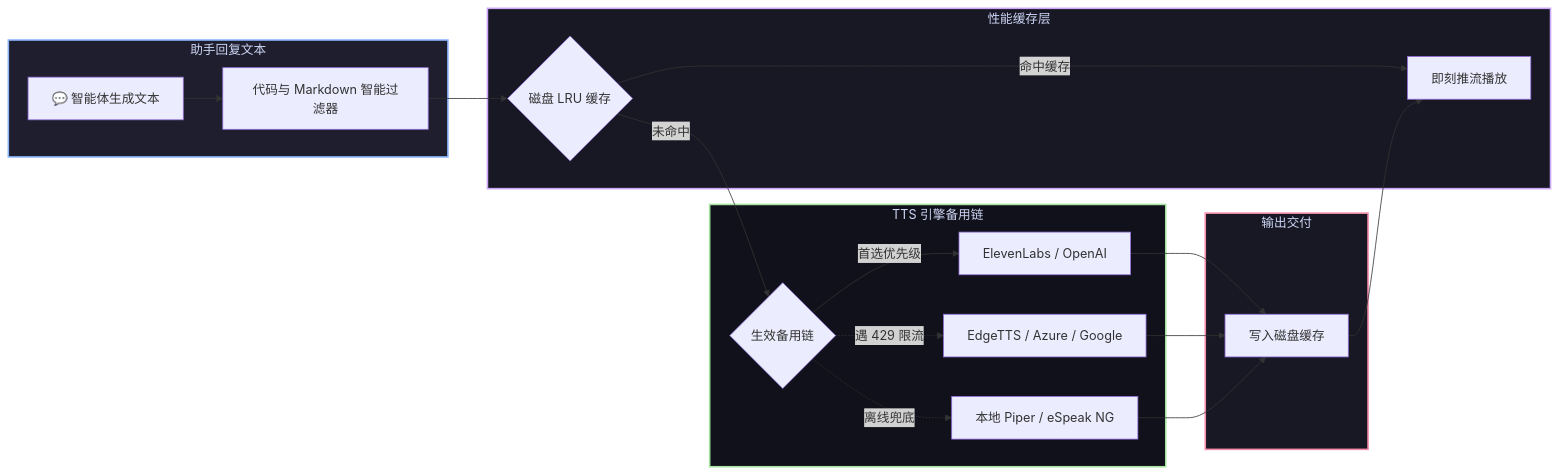
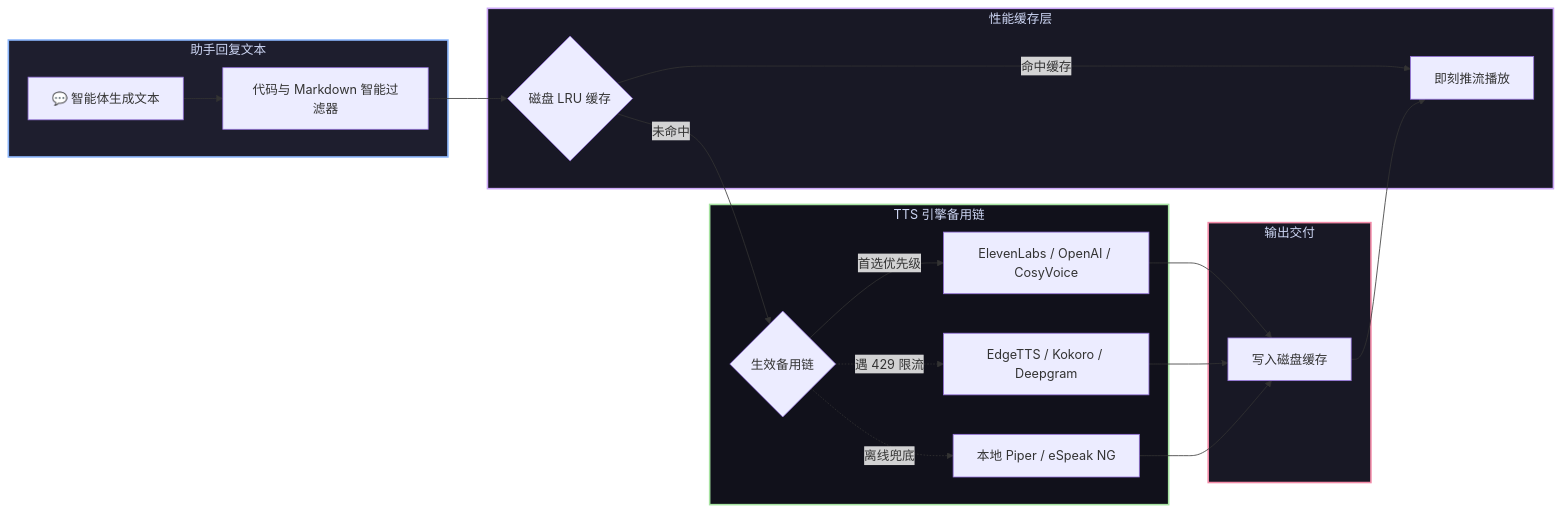
One commit to GooDAnDReaDY/dsh-tts changed the diagram in README.zh.md. Above: the diagram before and after it, drawn with Mermaid. The commit also changed other lines of this file and 2 other files, not shown here.

Commit message:
docs: expand dsh-tts with 16-provider matrix, smart scrubbing engine, spoken phrase substitutions & role overrides

````diff
--- a/README.zh.md
+++ b/README.zh.md
@@ -30,30 +30,30 @@
 ```mermaid
 graph LR
     subgraph Input [助手回复文本]
         Reply[💬 智能体生成文本] --> Scrub[代码与 Markdown 智能过滤器]
     end
 
     subgraph Cache [性能缓存层]
         Scrub --> LRU{磁盘 LRU 缓存}
         LRU -->|命中缓存| Play[即刻推流播放]
     end
 
     subgraph Fallback [TTS 引擎备用链]
         LRU -->|未命中| Chain{生效备用链}
-        Chain -->|首选优先级| P1[ElevenLabs / OpenAI]
-        Chain -.->|遇 429 限流| P2[EdgeTTS / Azure / Google]
+        Chain -->|首选优先级| P1[ElevenLabs / OpenAI / CosyVoice]
+        Chain -.->|遇 429 限流| P2[EdgeTTS / Kokoro / Deepgram]
         Chain -.->|离线兜底| P3[本地 Piper / eSpeak NG]
     end
 
     subgraph Output [输出交付]
         P1 --> Store[写入磁盘缓存]
         P2 --> Store
         P3 --> Store
         Store --> Play
     end
 
     style Input fill:#1e1e2e,stroke:#89b4fa,stroke-width:2px,color:#cdd6f4
     style Cache fill:#181825,stroke:#cba6f7,stroke-width:2px,color:#cdd6f4
     style Fallback fill:#11111b,stroke:#a6e3a1,stroke-width:2px,color:#cdd6f4
     style Output fill:#181825,stroke:#f38ba8,stroke-width:2px,color:#cdd6f4
 ```
````
